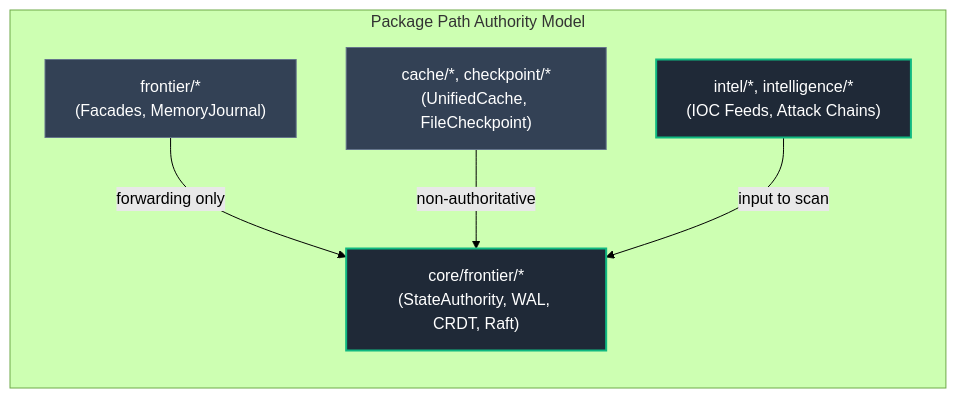
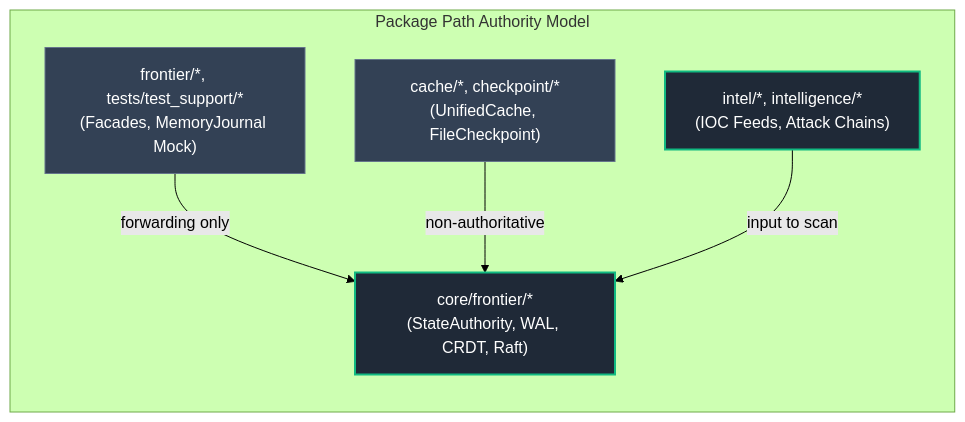
One commit to AviralGup7/Singularity-Zero changed the sixth of 16 diagrams in docs/flowchart.md. Above: the diagram before and after it, drawn with Mermaid (forest theme).

Commit message:
docs(flowchart): align PackageAuthority diagram with tests/test_support/journal.py mock

````diff
--- a/docs/flowchart.md
+++ b/docs/flowchart.md
@@ -497,20 +497,20 @@
 ```mermaid
 flowchart LR
     classDef impl fill:#1f2937,stroke:#10b981,stroke-width:2px,color:#fff;
     classDef singleNode fill:#1e293b,stroke:#0ea5e9,stroke-width:1px,stroke-dasharray:3 3,color:#fff;
     classDef library fill:#334155,stroke:#64748b,stroke-width:1px,color:#fff;
     classDef specOnly fill:#1e1b4b,stroke:#818cf8,stroke-width:1px,stroke-dasharray:4 4,color:#fff;
     classDef vacuous fill:#27272a,stroke:#71717a,stroke-width:1px,color:#a1a1aa;
     classDef forbidden fill:#450a0a,stroke:#ef4444,stroke-width:2px,color:#fca5a5;
 
     subgraph PackageAuthority["Package Path Authority Model"]
         Core["core/frontier/*<br/>(StateAuthority, WAL, CRDT, Raft)"]:::impl
-        Facade["frontier/*<br/>(Facades, MemoryJournal)"]:::library
+        Facade["frontier/*, tests/test_support/*<br/>(Facades, MemoryJournal Mock)"]:::library
         Cache["cache/*, checkpoint/*<br/>(UnifiedCache, FileCheckpoint)"]:::library
         Domain["intel/*, intelligence/*<br/>(IOC Feeds, Attack Chains)"]:::impl
         
         Facade -->|"forwarding only"| Core
         Cache -->|"non-authoritative"| Core
         Domain -->|"input to scan"| Core
     end
 ```
````
